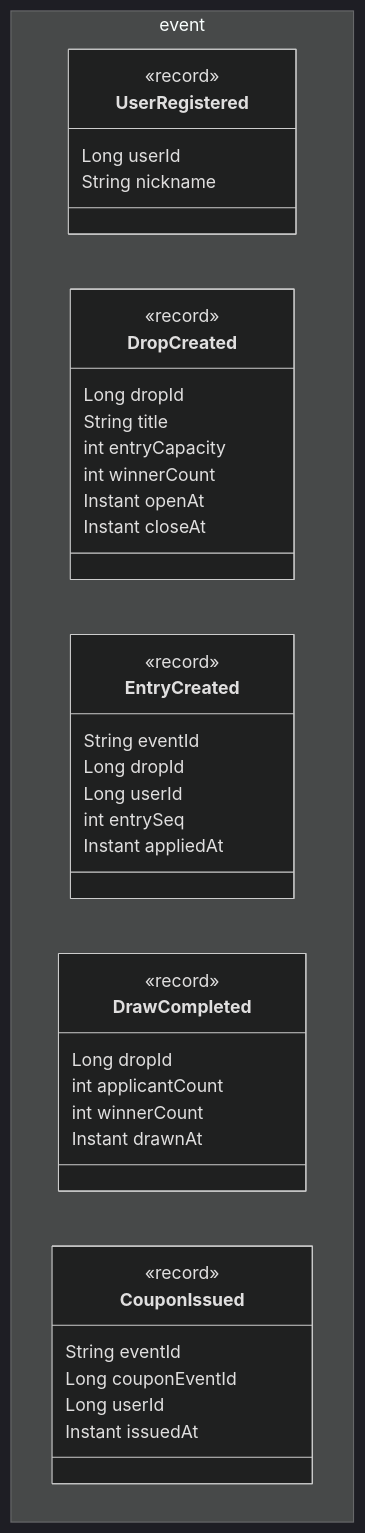
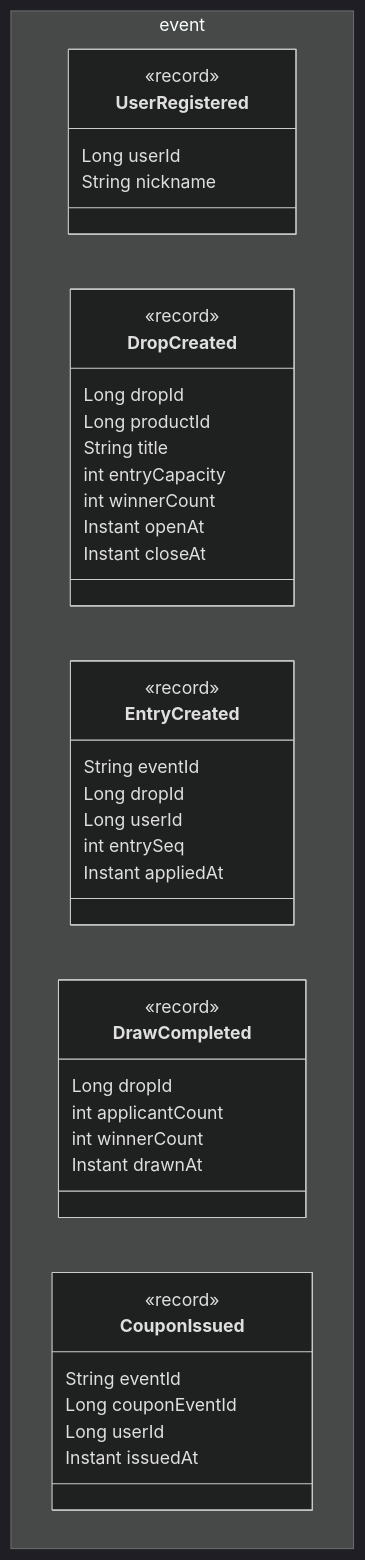
Before and after one commit to dd-jiny/queue-drop: the third of 3 diagrams in docs/design/07-class-diagram/class-diagram.md, drawn with Mermaid (dark theme). The commit also changed other lines of this file and 24 other files, not shown here.

````diff
--- a/docs/design/07-class-diagram/class-diagram.md
+++ b/docs/design/07-class-diagram/class-diagram.md
@@ -308,41 +350,42 @@
 ```mermaid
 classDiagram
     namespace event {
         class UserRegistered {
             <<record>>
             Long userId
             String nickname
         }
         class DropCreated {
             <<record>>
             Long dropId
+            Long productId
             String title
             int entryCapacity
             int winnerCount
             Instant openAt
             Instant closeAt
         }
         class EntryCreated {
             <<record>>
             String eventId
             Long dropId
             Long userId
             int entrySeq
             Instant appliedAt
         }
         class DrawCompleted {
             <<record>>
             Long dropId
             int applicantCount
             int winnerCount
             Instant drawnAt
         }
         class CouponIssued {
             <<record>>
             String eventId
             Long couponEventId
             Long userId
             Instant issuedAt
         }
     }
 ```
````
